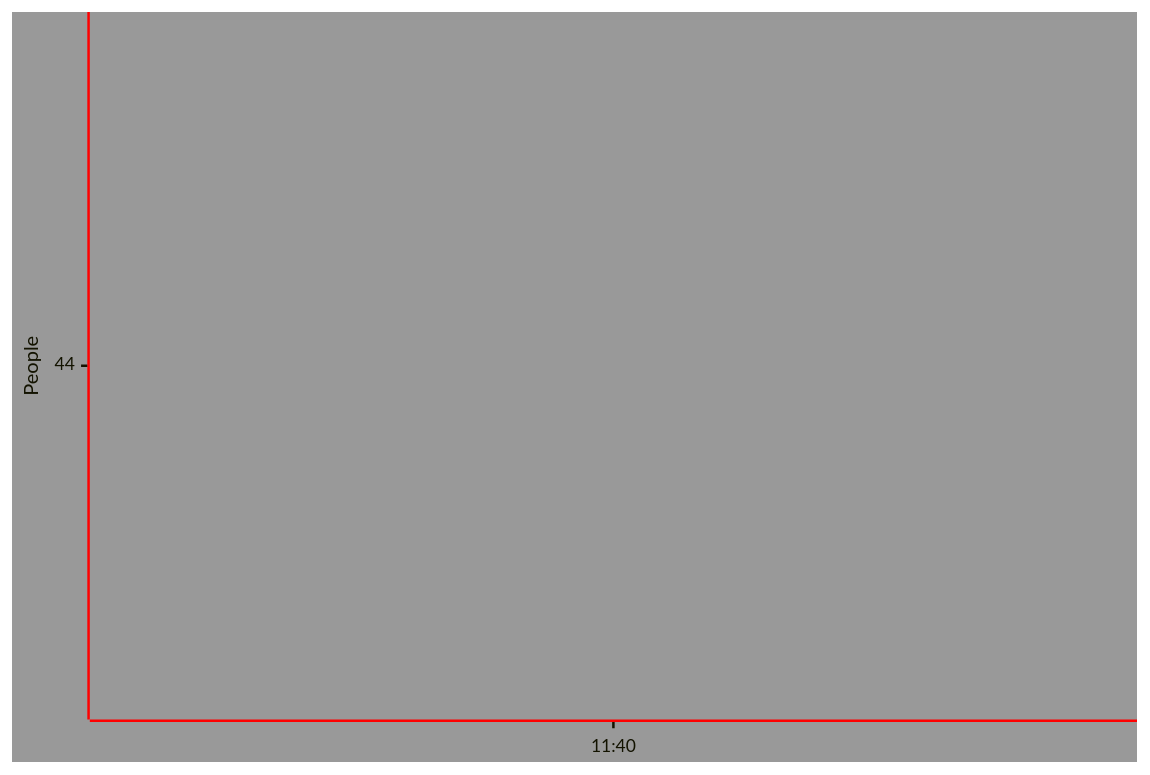
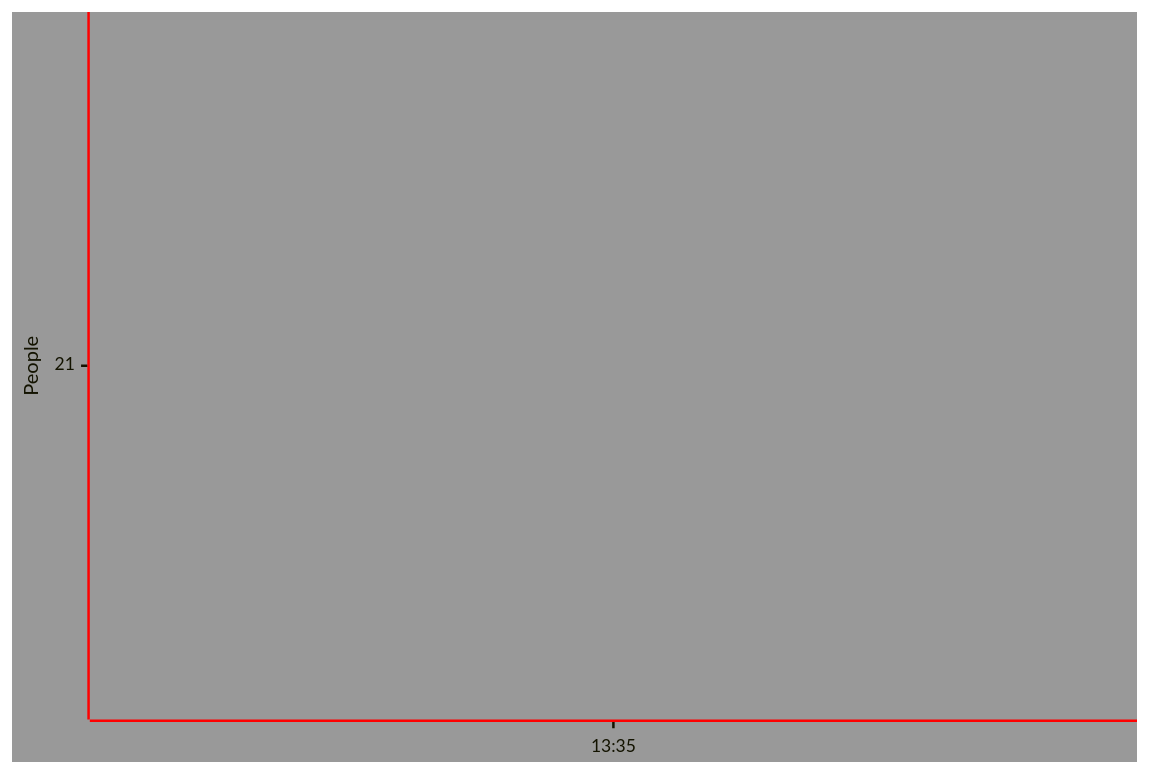
The diagram in graphs/metric_last_hour.md (a-lalin/schwimmbad-metrics), drawn with Mermaid before and after one commit.

Commit message:
Update chart for 2026-02-03 14

````diff
--- a/graphs/metric_last_hour.md
+++ b/graphs/metric_last_hour.md
@@ -1,21 +1,21 @@
 ```mermaid
 ---
 config: 
   xyChart: 
     width: 900 
     height: 600 
     showDataLabel: true
     showTitle: false
   themeVariables: 
     xyChart:
       backgroundColor: "#999999"
       titleColor: "#ff0000"
       xAxisLineColor: "#ff0000"
       yAxisLineColor: "#ff0000"
 ---
 xychart-beta
   title "Stadthallenbad"
-  x-axis ["11:40"]
+  x-axis ["13:35"]
   y-axis "People"
-  line [44]
+  line [21]
 ```
````
